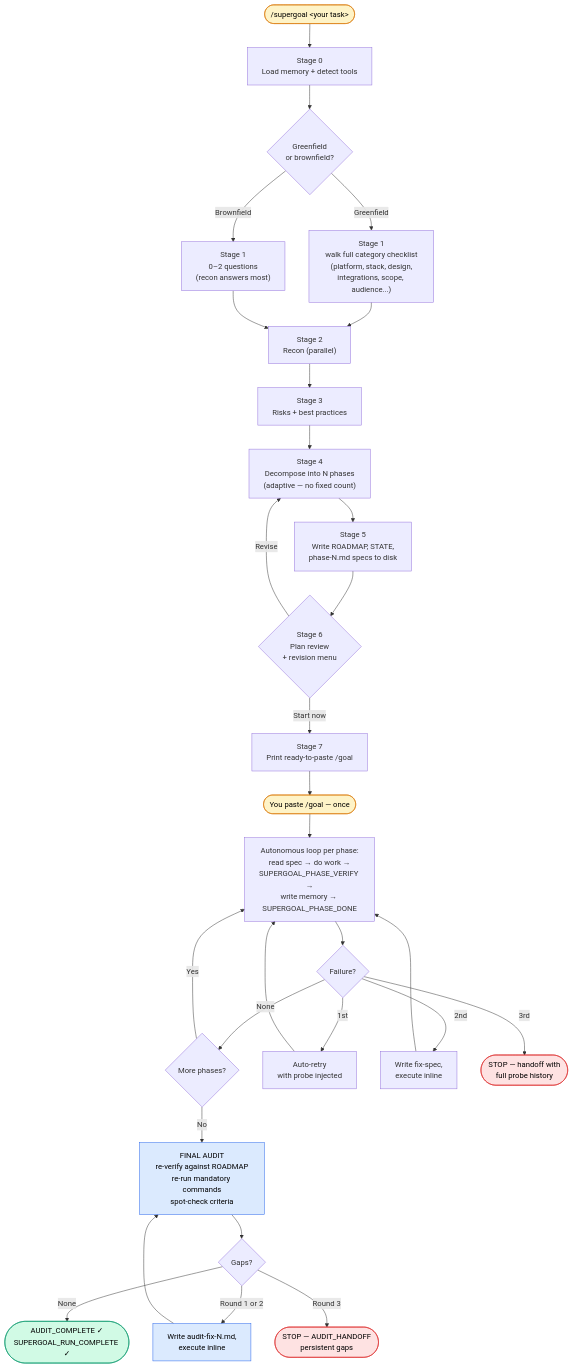
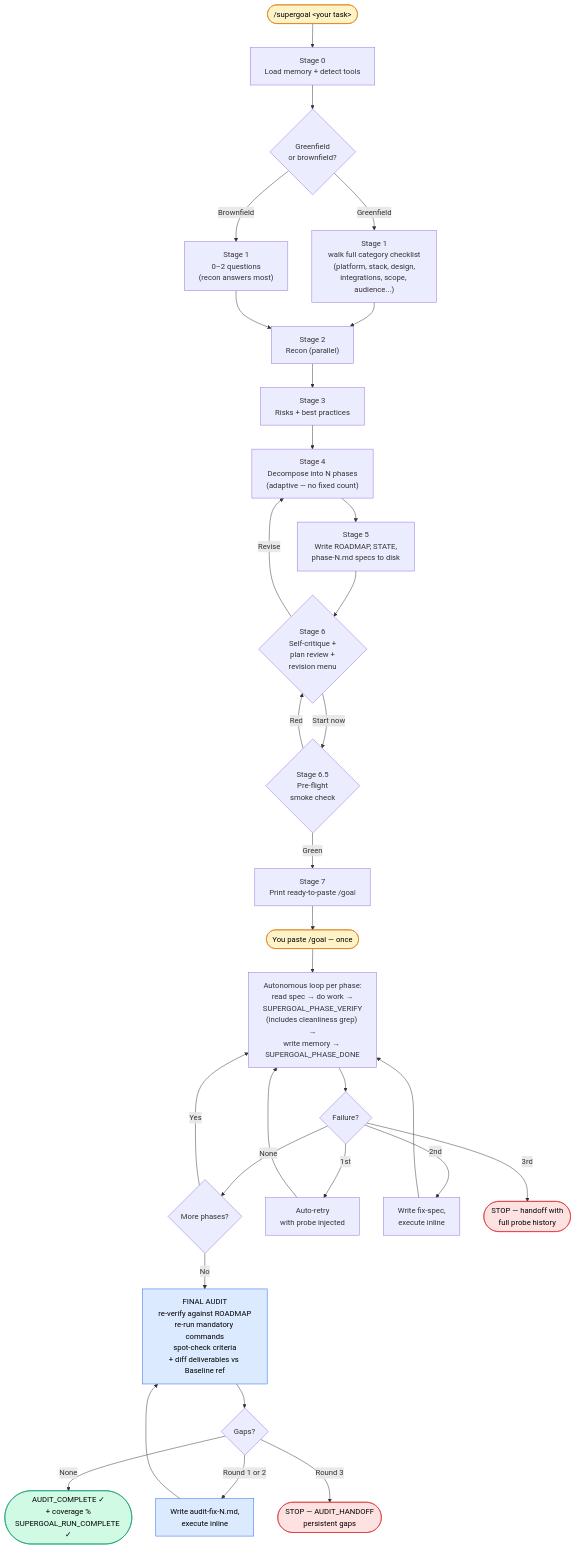
One commit to illlefr4u/supergoal changed the first of 2 diagrams in README.md. Above: the diagram before and after it, drawn with Mermaid. The commit also changed other lines of this file and 8 other files, not shown here.

````diff
--- a/README.md
+++ b/README.md
@@ -11,40 +11,42 @@
 ```mermaid
 flowchart TD
     Start(["/supergoal &lt;your task&gt;"]) --> S0["Stage 0<br/>Load memory + detect tools"]
     S0 --> S1{Greenfield<br/>or brownfield?}
     S1 -->|Greenfield| Q1["Stage 1<br/>walk full category checklist<br/>(platform, stack, design,<br/>integrations, scope, audience...)"]
     S1 -->|Brownfield| Q2["Stage 1<br/>0–2 questions<br/>(recon answers most)"]
     Q1 --> S2["Stage 2<br/>Recon (parallel)"]
     Q2 --> S2
     S2 --> S3["Stage 3<br/>Risks + best practices"]
     S3 --> S4["Stage 4<br/>Decompose into N phases<br/>(adaptive — no fixed count)"]
     S4 --> S5["Stage 5<br/>Write ROADMAP, STATE,<br/>phase-N.md specs to disk"]
-    S5 --> S6{"Stage 6<br/>Plan review<br/>+ revision menu"}
+    S5 --> S6{"Stage 6<br/>Self-critique +<br/>plan review +<br/>revision menu"}
     S6 -->|Revise| S4
-    S6 -->|Start now| S7["Stage 7<br/>Print ready-to-paste /goal"]
+    S6 -->|Start now| S65{"Stage 6.5<br/>Pre-flight<br/>smoke check"}
+    S65 -->|Green| S7["Stage 7<br/>Print ready-to-paste /goal"]
+    S65 -->|Red| S6
     S7 --> PASTE(["You paste /goal — once"])
-    PASTE --> LOOP["Autonomous loop per phase:<br/>read spec → do work →<br/>SUPERGOAL_PHASE_VERIFY →<br/>write memory → SUPERGOAL_PHASE_DONE"]
+    PASTE --> LOOP["Autonomous loop per phase:<br/>read spec → do work →<br/>SUPERGOAL_PHASE_VERIFY<br/>(includes cleanliness grep) →<br/>write memory → SUPERGOAL_PHASE_DONE"]
     LOOP --> CHECK{Failure?}
     CHECK -->|None| NEXT{More phases?}
     NEXT -->|Yes| LOOP
-    NEXT -->|No| AUDIT["FINAL AUDIT<br/>re-verify against ROADMAP<br/>re-run mandatory commands<br/>spot-check criteria"]
+    NEXT -->|No| AUDIT["FINAL AUDIT<br/>re-verify against ROADMAP<br/>re-run mandatory commands<br/>spot-check criteria<br/>+ diff deliverables vs Baseline ref"]
     CHECK -->|1st| R1["Auto-retry<br/>with probe injected"]
     R1 --> LOOP
     CHECK -->|2nd| R2["Write fix-spec,<br/>execute inline"]
     R2 --> LOOP
     CHECK -->|3rd| HANDOFF(["STOP — handoff with<br/>full probe history"])
     AUDIT --> AGAPS{Gaps?}
-    AGAPS -->|None| DONE(["AUDIT_COMPLETE ✓<br/>SUPERGOAL_RUN_COMPLETE ✓"])
+    AGAPS -->|None| DONE(["AUDIT_COMPLETE ✓<br/>+ coverage %<br/>SUPERGOAL_RUN_COMPLETE ✓"])
     AGAPS -->|Round 1 or 2| AFIX["Write audit-fix-N.md,<br/>execute inline"]
     AFIX --> AUDIT
     AGAPS -->|Round 3| AHO(["STOP — AUDIT_HANDOFF<br/>persistent gaps"])
 
     classDef human fill:#fef3c7,stroke:#d97706,color:#000
     classDef done fill:#d1fae5,stroke:#059669,color:#000
     classDef stop fill:#fee2e2,stroke:#dc2626,color:#000
     classDef audit fill:#dbeafe,stroke:#2563eb,color:#000
     class Start,PASTE human
     class DONE done
     class HANDOFF,AHO stop
     class AUDIT,AFIX audit
 ```
````
